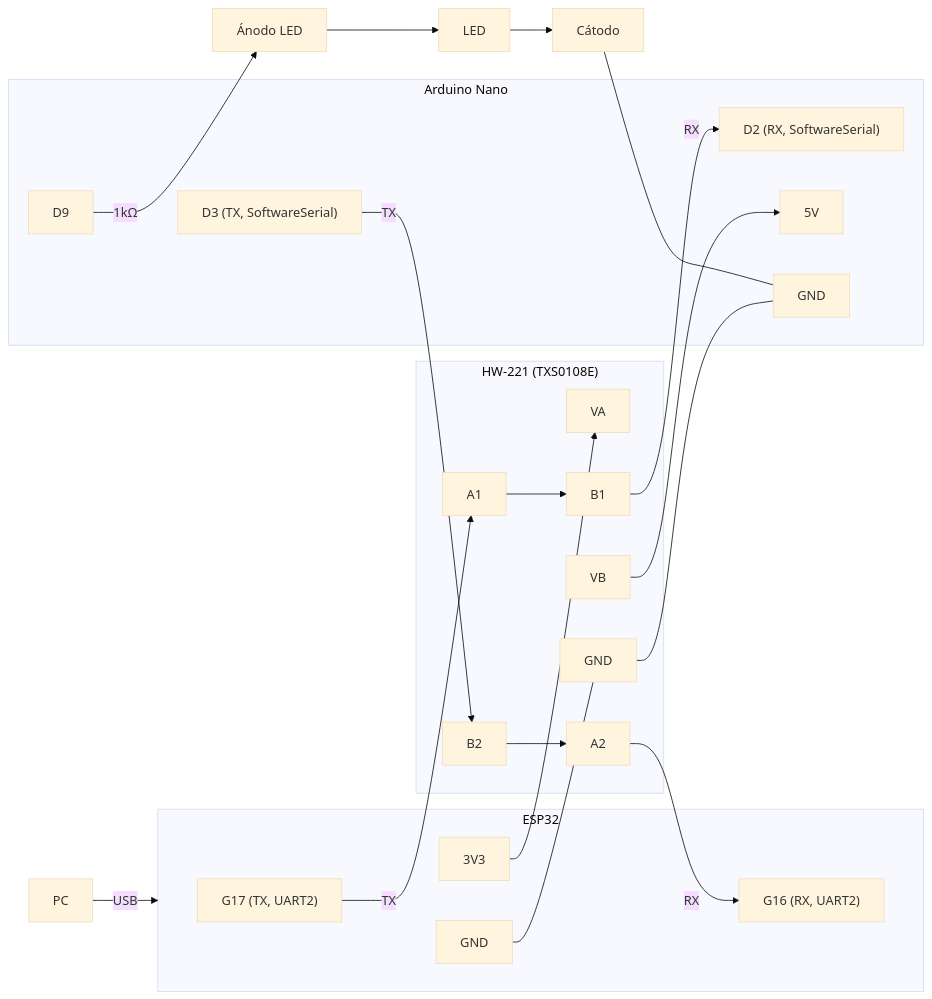
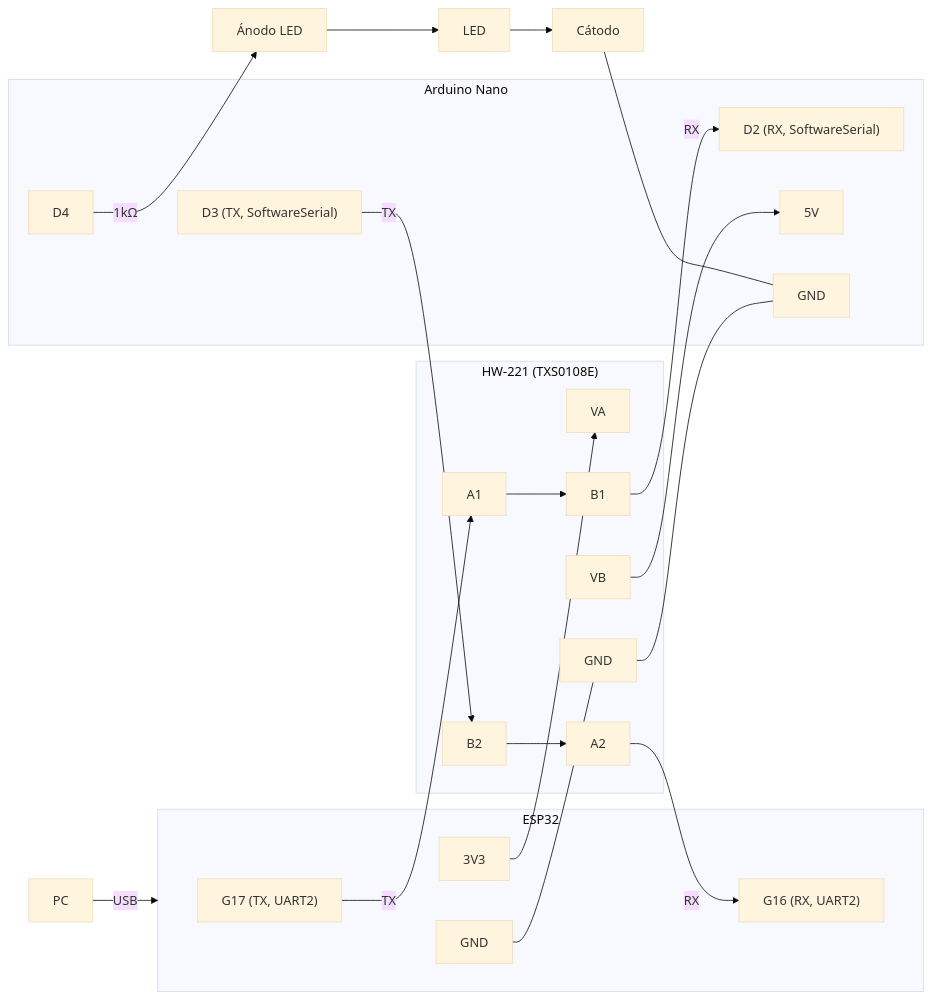
Before and after one commit to ealegremendoza/BrazoRobotico: the first of 2 diagrams in doc/md/bitacora-E05-arduino.md, drawn with Mermaid (base theme). The commit also changed other lines of this file and 2 other files, not shown here.

````diff
--- a/doc/md/bitacora-E05-arduino.md
+++ b/doc/md/bitacora-E05-arduino.md
@@ -24,47 +24,47 @@
 ```mermaid
 graph LR
     PC["PC"] -->|USB| ESP32
 
     subgraph ESP32["ESP32"]
         E_G17["G17 (TX, UART2)"]
         E_G16["G16 (RX, UART2)"]
         E_3V3["3V3"]
         E_GND1["GND"]
     end
 
     subgraph HW221["HW-221 (TXS0108E)"]
         H_VA["VA"]
         H_A1["A1"]
         H_A2["A2"]
         H_VB["VB"]
         H_B1["B1"]
         H_B2["B2"]
         H_GND["GND"]
     end
 
     subgraph NANO["Arduino Nano"]
         N_D2["D2 (RX, SoftwareSerial)"]
         N_D3["D3 (TX, SoftwareSerial)"]
         N_5V["5V"]
         N_GND["GND"]
-        N_D9["D9"]
+        N_D4["D4"]
     end
 
     E_3V3 --> H_VA
     E_GND1 --- H_GND
     E_G17 -->|TX| H_A1
     H_A1 --> H_B1
     H_B1 -->|RX| N_D2
 
     N_D3 -->|TX| H_B2
     H_B2 --> H_A2
     H_A2 -->|RX| E_G16
 
     H_VB --> N_5V
     H_GND --- N_GND
 
-    N_D9 -->|"1kΩ"| LED_A["Ánodo LED"]
+    N_D4 -->|"1kΩ"| LED_A["Ánodo LED"]
     LED_A --> LED["LED"]
     LED --> LED_K["Cátodo"]
     LED_K --- N_GND
 ```
````
